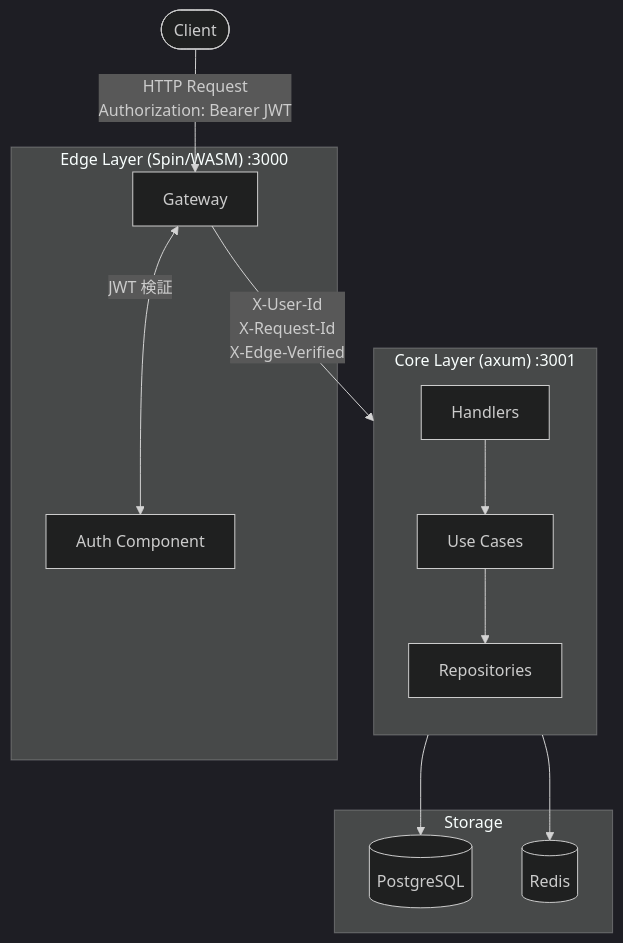
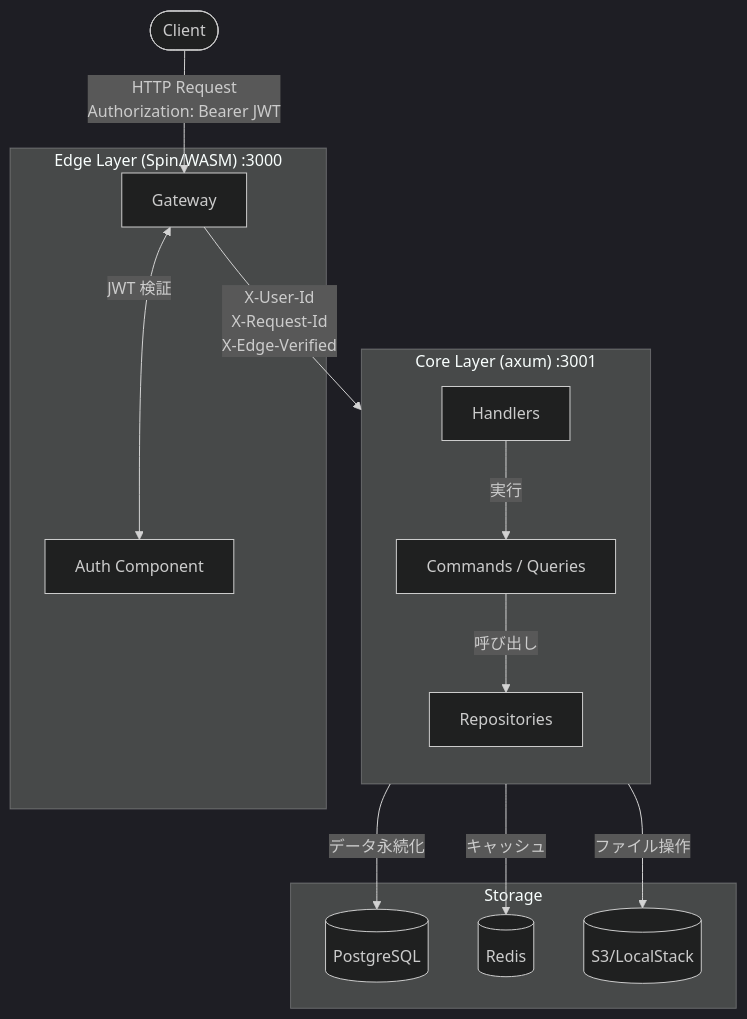
Before and after one commit to sbk0716/spin-axum-todo: the diagram in README.md, drawn with Mermaid (dark theme). The commit also changed other lines of this file and 42 other files, not shown here.

````diff
--- a/README.md
+++ b/README.md
@@ -10,29 +10,31 @@
 ```mermaid
 flowchart TB
     Client([Client])
 
     subgraph Edge["Edge Layer (Spin/WASM) :3000"]
         Gateway["Gateway"]
         Auth["Auth Component"]
         Gateway <-->|JWT 検証| Auth
     end
 
     subgraph Core["Core Layer (axum) :3001"]
         direction TB
         Handler["Handlers"]
-        UseCase["Use Cases"]
+        CmdQry["Commands / Queries"]
         Repo["Repositories"]
-        Handler --> UseCase --> Repo
+        Handler -->|実行| CmdQry -->|呼び出し| Repo
     end
 
     subgraph Storage["Storage"]
         PG[("PostgreSQL")]
         RD[("Redis")]
+        S3[("S3/LocalStack")]
     end
 
     Client -->|"HTTP Request<br/>Authorization: Bearer JWT"| Gateway
     Gateway -->|"X-User-Id<br/>X-Request-Id<br/>X-Edge-Verified"| Handler
-    Repo --> PG
-    Repo --> RD
+    Repo -->|データ永続化| PG
+    Repo -->|キャッシュ| RD
+    Repo -->|ファイル操作| S3
 
 ```
````
